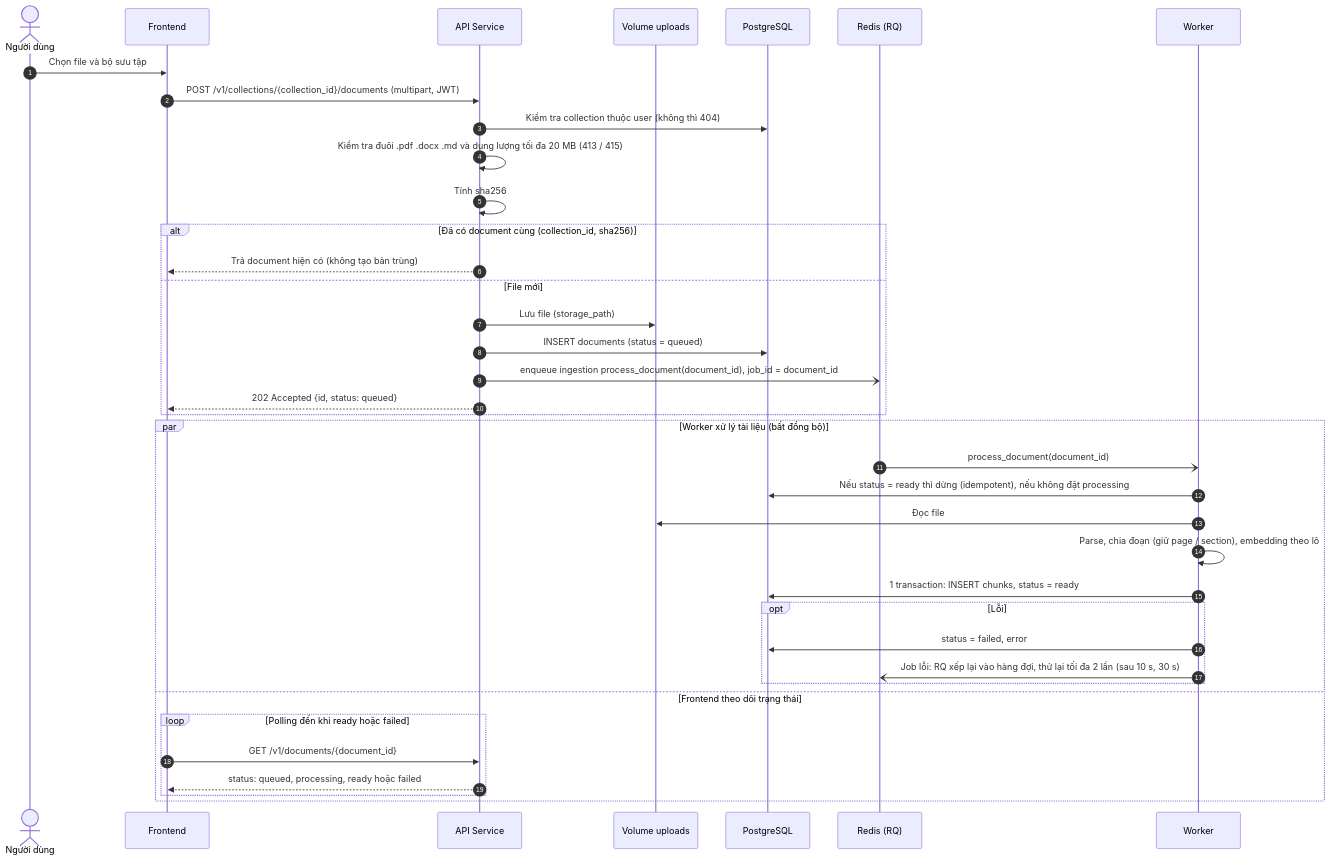
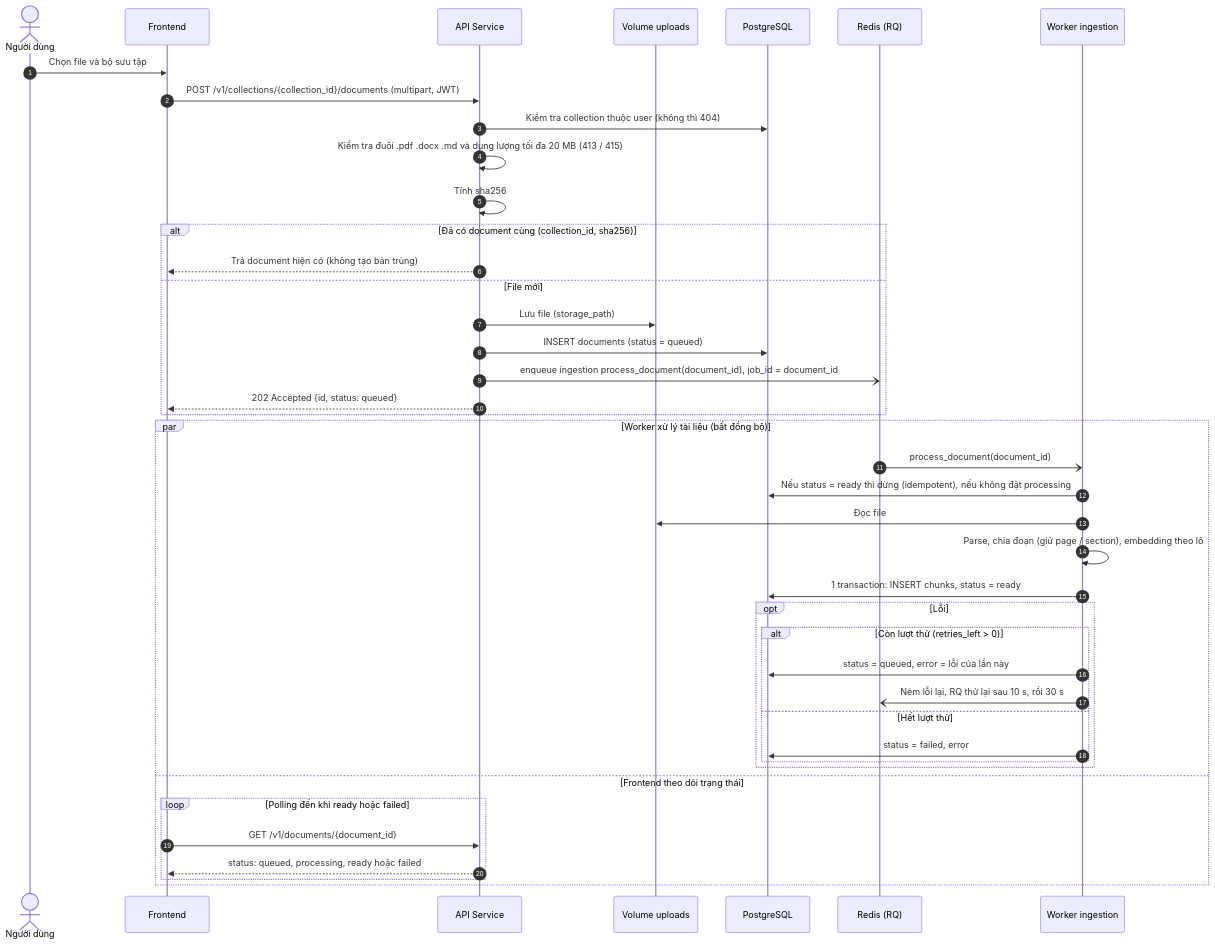
Before and after one commit to mliotlab/task_grp_intern261: the second of 3 diagrams in enterprise-research-agent/docs/DESIGN.md, drawn with Mermaid. The commit also changed other lines of this file and 1 other file, not shown here.

Commit message:
docs(era): ERA-7 update system architecture and database ERD

````diff
--- a/enterprise-research-agent/docs/DESIGN.md
+++ b/enterprise-research-agent/docs/DESIGN.md
@@ -82,41 +86,45 @@
 ```mermaid
 sequenceDiagram
     autonumber
     actor U as Người dùng
     participant FE as Frontend
     participant API as API Service
     participant FS as Volume uploads
     participant DB as PostgreSQL
     participant Q as Redis (RQ)
-    participant W as Worker
+    participant W as Worker ingestion
 
     U->>FE: Chọn file và bộ sưu tập
     FE->>API: POST /v1/collections/{collection_id}/documents (multipart, JWT)
     API->>DB: Kiểm tra collection thuộc user (không thì 404)
     API->>API: Kiểm tra đuôi .pdf .docx .md và dung lượng tối đa 20 MB (413 / 415)
     API->>API: Tính sha256
     alt Đã có document cùng (collection_id, sha256)
         API-->>FE: Trả document hiện có (không tạo bản trùng)
     else File mới
         API->>FS: Lưu file (storage_path)
         API->>DB: INSERT documents (status = queued)
         API-)Q: enqueue ingestion process_document(document_id), job_id = document_id
         API-->>FE: 202 Accepted {id, status: queued}
     end
     par Worker xử lý tài liệu (bất đồng bộ)
         Q-)W: process_document(document_id)
         W->>DB: Nếu status = ready thì dừng (idempotent), nếu không đặt processing
         W->>FS: Đọc file
         W->>W: Parse, chia đoạn (giữ page / section), embedding theo lô
         W->>DB: 1 transaction: INSERT chunks, status = ready
         opt Lỗi
-            W->>DB: status = failed, error
-            W-)Q: Job lỗi: RQ xếp lại vào hàng đợi, thử lại tối đa 2 lần (sau 10 s, 30 s)
+            alt Còn lượt thử (retries_left > 0)
+                W->>DB: status = queued, error = lỗi của lần này
+                W-)Q: Ném lỗi lại, RQ thử lại sau 10 s, rồi 30 s
+            else Hết lượt thử
+                W->>DB: status = failed, error
+            end
         end
     and Frontend theo dõi trạng thái
         loop Polling đến khi ready hoặc failed
             FE->>API: GET /v1/documents/{document_id}
             API-->>FE: status: queued, processing, ready hoặc failed
         end
     end
 ```
````
